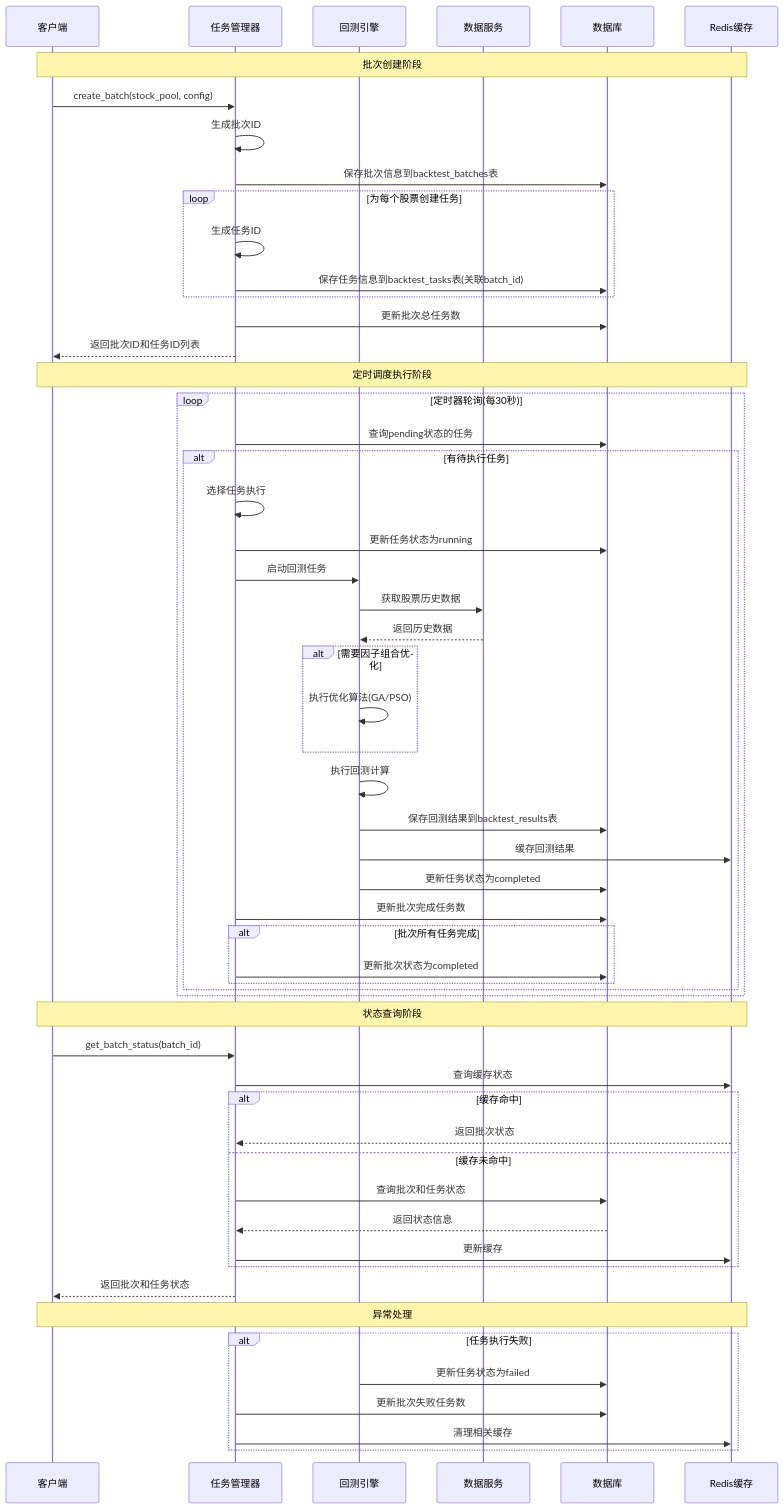
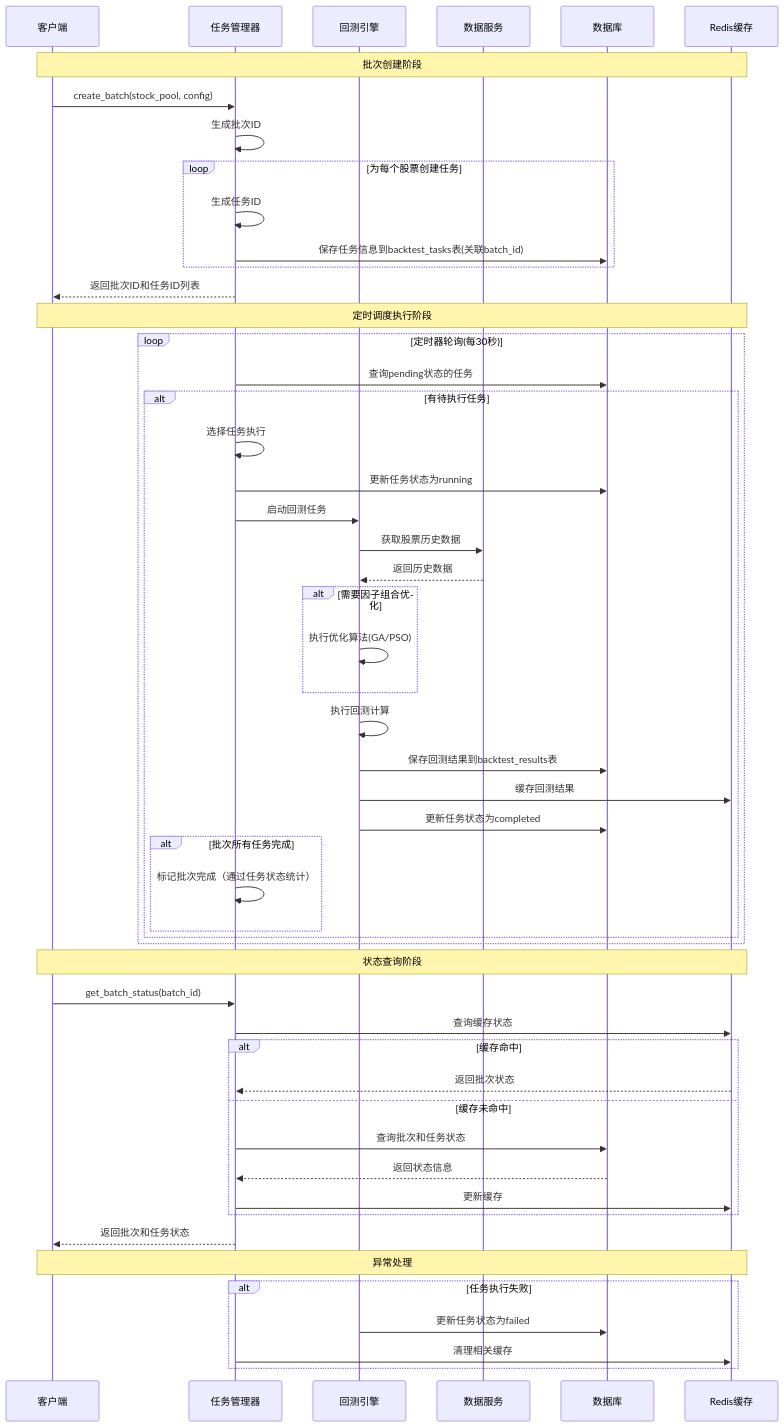
Before and after one commit to Casper-Mars/qtrade: the seventh of 7 diagrams in docs/iteration-3-prediction-model/design_backend.md, drawn with Mermaid. The commit also changed other lines of this file and 12 other files, not shown here.

````diff
--- a/docs/iteration-3-prediction-model/design_backend.md
+++ b/docs/iteration-3-prediction-model/design_backend.md
@@ -1369,71 +1369,67 @@
 ```mermaid
 sequenceDiagram
     participant Client as 客户端
     participant TaskMgr as 任务管理器
     participant BacktestEngine as 回测引擎
     participant DataService as 数据服务
     participant DB as 数据库
     participant Cache as Redis缓存
 
     Note over Client, Cache: 批次创建阶段
     Client->>TaskMgr: create_batch(stock_pool, config)
     TaskMgr->>TaskMgr: 生成批次ID
-    TaskMgr->>DB: 保存批次信息到backtest_batches表
     
     loop 为每个股票创建任务
         TaskMgr->>TaskMgr: 生成任务ID
         TaskMgr->>DB: 保存任务信息到backtest_tasks表(关联batch_id)
     end
     
-    TaskMgr->>DB: 更新批次总任务数
     TaskMgr-->>Client: 返回批次ID和任务ID列表
 
     Note over Client, Cache: 定时调度执行阶段
     loop 定时器轮询(每30秒)
         TaskMgr->>DB: 查询pending状态的任务
         alt 有待执行任务
             TaskMgr->>TaskMgr: 选择任务执行
             TaskMgr->>DB: 更新任务状态为running
             TaskMgr->>BacktestEngine: 启动回测任务
             
             BacktestEngine->>DataService: 获取股票历史数据
             DataService-->>BacktestEngine: 返回历史数据
             
             alt 需要因子组合优化
                 BacktestEngine->>BacktestEngine: 执行优化算法(GA/PSO)
             end
             
             BacktestEngine->>BacktestEngine: 执行回测计算
             BacktestEngine->>DB: 保存回测结果到backtest_results表
             BacktestEngine->>Cache: 缓存回测结果
             BacktestEngine->>DB: 更新任务状态为completed
             
-            TaskMgr->>DB: 更新批次完成任务数
             alt 批次所有任务完成
-                TaskMgr->>DB: 更新批次状态为completed
+                TaskMgr->>TaskMgr: 标记批次完成（通过任务状态统计）
             end
         end
     end
 
     Note over Client, Cache: 状态查询阶段
     Client->>TaskMgr: get_batch_status(batch_id)
     TaskMgr->>Cache: 查询缓存状态
     alt 缓存命中
         Cache-->>TaskMgr: 返回批次状态
     else 缓存未命中
         TaskMgr->>DB: 查询批次和任务状态
         DB-->>TaskMgr: 返回状态信息
         TaskMgr->>Cache: 更新缓存
     end
     TaskMgr-->>Client: 返回批次和任务状态
 
     Note over Client, Cache: 异常处理
     alt 任务执行失败
         BacktestEngine->>DB: 更新任务状态为failed
-        TaskMgr->>DB: 更新批次失败任务数
         TaskMgr->>Cache: 清理相关缓存
     end
 
 
 
 ```
````
